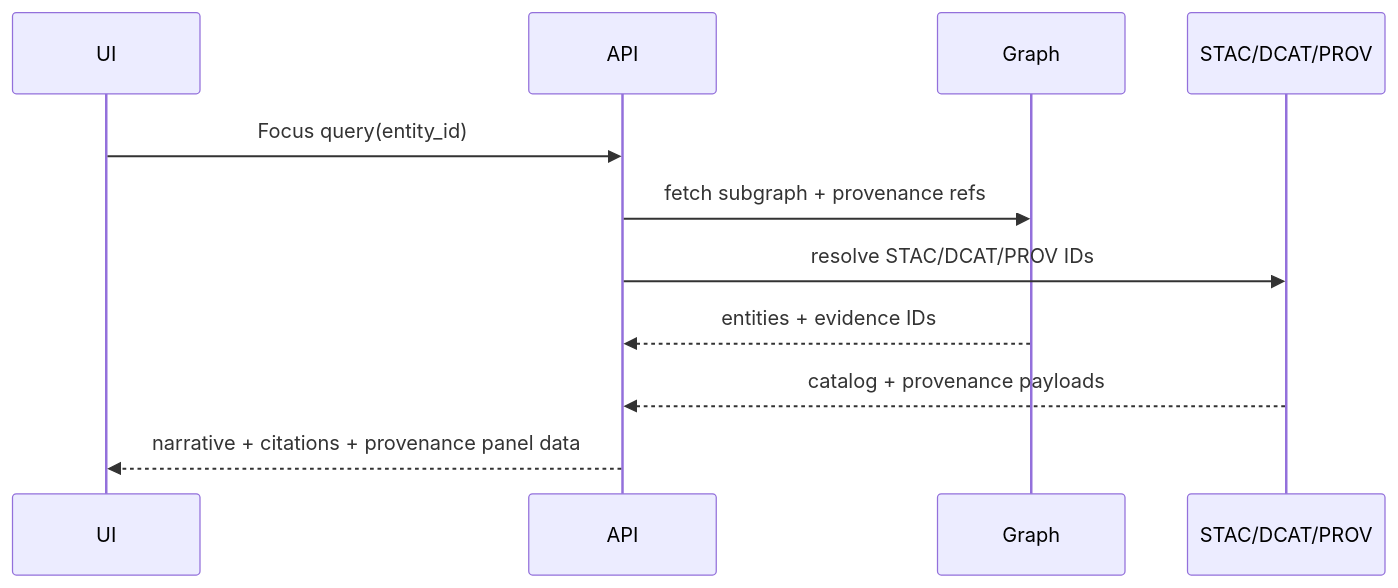
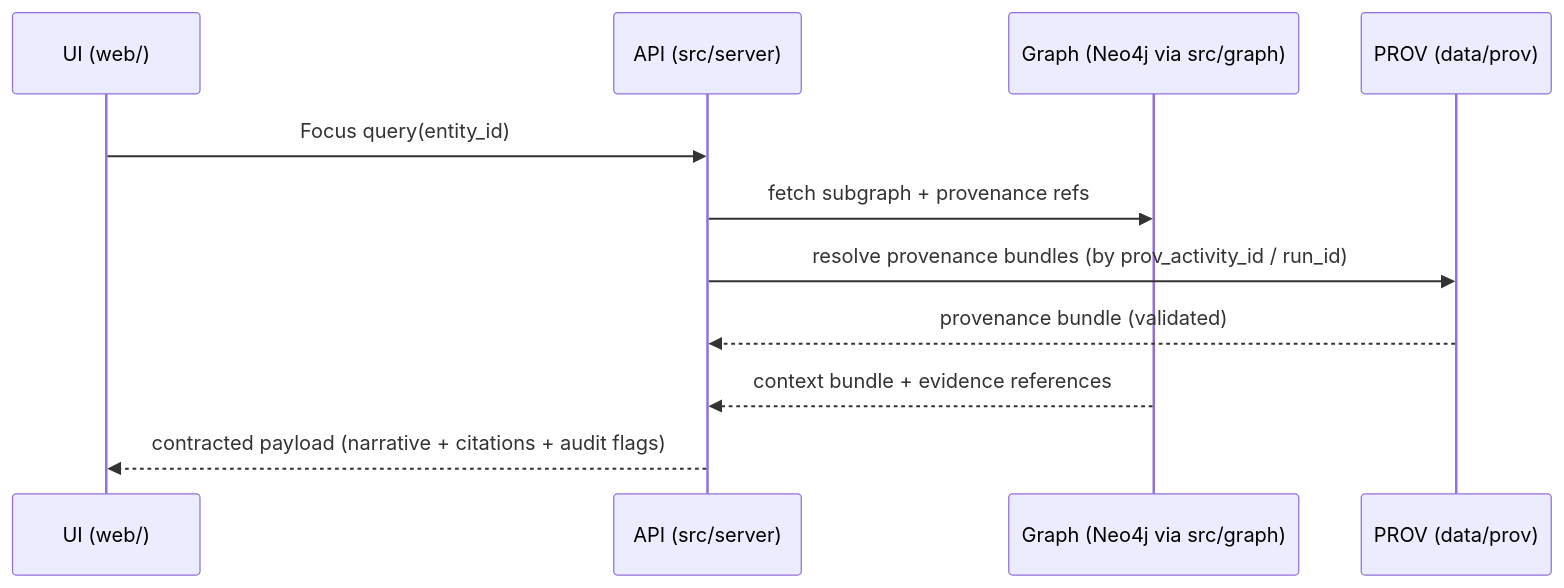
Before and after one commit to bartytime4life/Kansas-Frontier-Matrix: the second of 2 diagrams in data/prov/README.md, drawn with Mermaid. The commit also changed other lines of this file, not shown here.

```diff
--- a/data/prov/README.md
+++ b/data/prov/README.md
@@ -232,14 +179,14 @@
 ~~~mermaid
 sequenceDiagram
-  participant UI
-  participant API
-  participant Graph
-  participant Catalog as STAC/DCAT/PROV
+  participant UI as UI (web/)
+  participant API as API (src/server)
+  participant Graph as Graph (Neo4j via src/graph)
+  participant Prov as PROV (data/prov)
 
   UI->>API: Focus query(entity_id)
   API->>Graph: fetch subgraph + provenance refs
-  API->>Catalog: resolve STAC/DCAT/PROV IDs
-  Graph-->>API: entities + evidence IDs
-  Catalog-->>API: catalog + provenance payloads
-  API-->>UI: narrative + citations + provenance panel data
+  API->>Prov: resolve provenance bundles (by prov_activity_id / run_id)
+  Prov-->>API: provenance bundle (validated)
+  Graph-->>API: context bundle + evidence references
+  API-->>UI: contracted payload (narrative + citations + audit flags)
 ~~~
```
